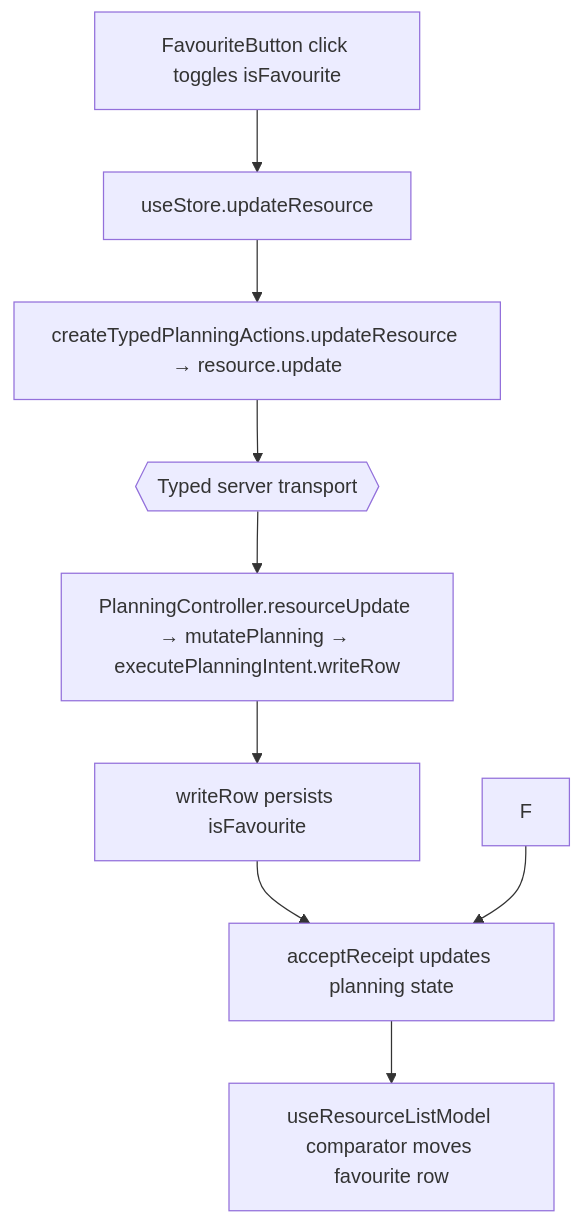
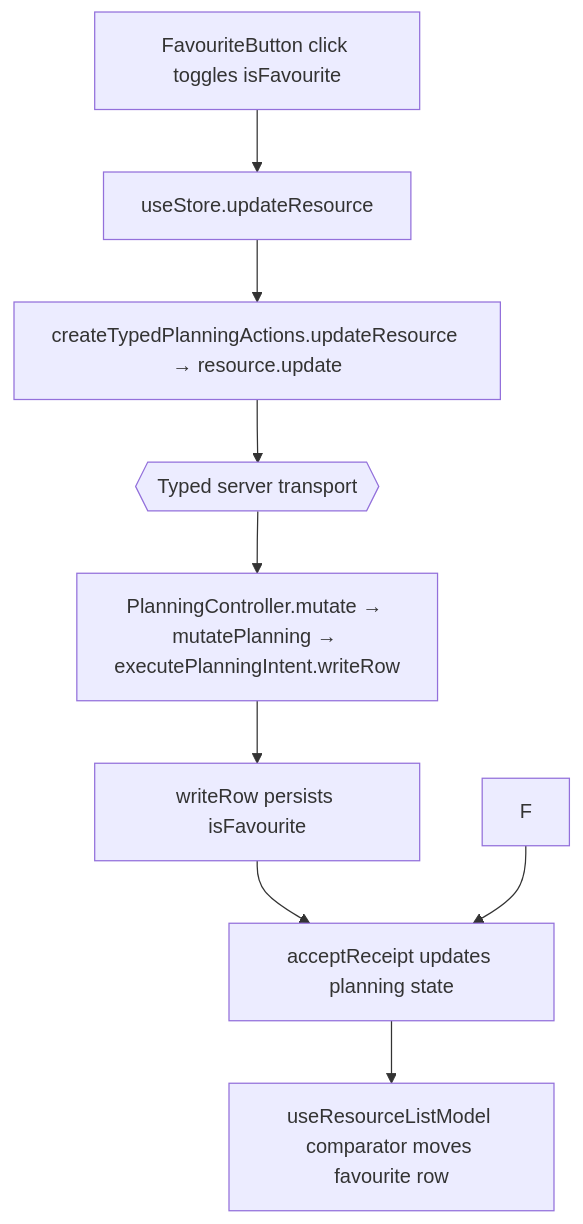
The second of 2 diagrams in user-stories/resources/US-RES-14-favourite-resource.md (Kevinjohn/capacitylens), drawn with Mermaid before and after one commit. The commit also changed 115 other files, not shown here.

````diff
--- a/user-stories/resources/US-RES-14-favourite-resource.md
+++ b/user-stories/resources/US-RES-14-favourite-resource.md
@@ -27,9 +27,9 @@
 ```mermaid
 flowchart TD
   A["FavouriteButton click toggles isFavourite"] --> B["useStore.updateResource"] --> C["createTypedPlanningActions.updateResource → resource.update"]
   C --> D{{"Typed server transport"}}
-  D --> E["PlanningController.resourceUpdate → mutatePlanning → executePlanningIntent.writeRow"] --> E2["writeRow persists isFavourite"]
+  D --> E["PlanningController.mutate → mutatePlanning → executePlanningIntent.writeRow"] --> E2["writeRow persists isFavourite"]
   E2 --> G["acceptReceipt updates planning state"]
   F --> G
   G --> H["useResourceListModel comparator moves favourite row"]
 ```
````
